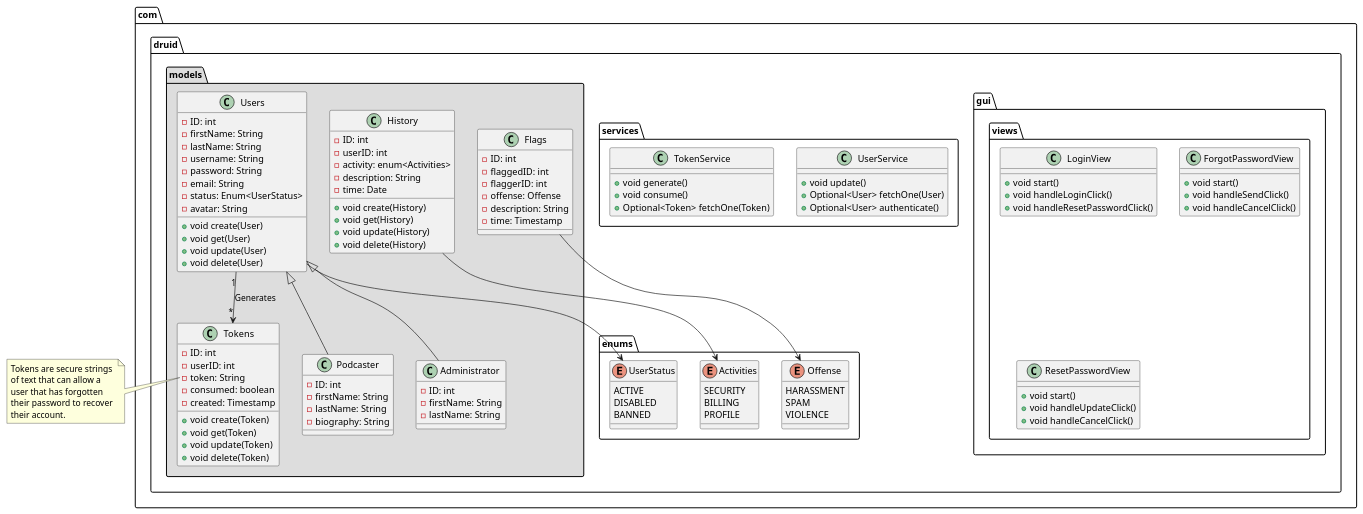
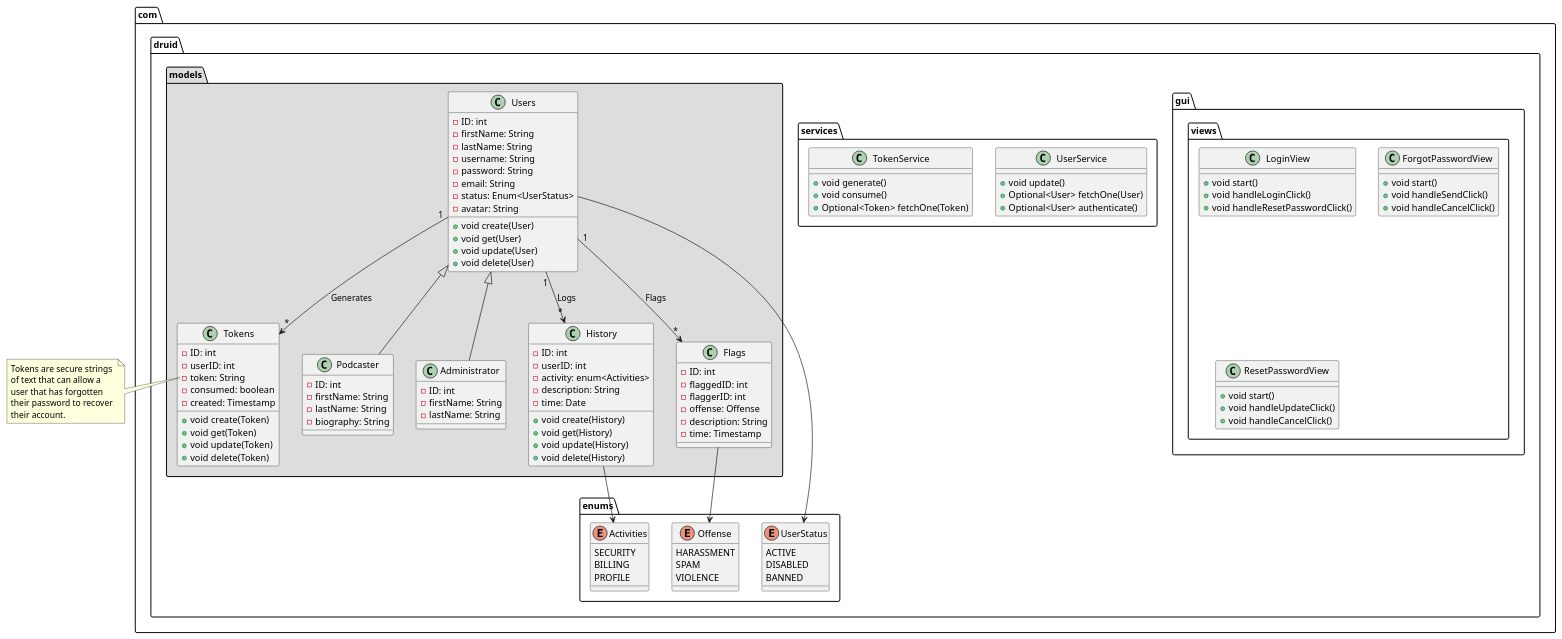
The diagram in doc/classes.org (Druid-ESPRIT/magnum-docs), drawn with PlantUML before and after one commit. The commit also changed 2 other files, not shown here.

Commit message:
user management: establish relationships

```diff
--- a/doc/classes.org
+++ b/doc/classes.org
@@ -62,7 +62,14 @@
 
 Users <|-- Podcaster
 Users <|-- Administrator
+
 Users "1" --> "*" Tokens: Generates
+Users "1" --> "*" History: Logs
+Users "1" --> "*" Flags: Flags
+
+Users --> UserStatus
+History --> Activities
+Flags --> Offense
 
    class Users {
       - ID: int 
@@ -133,8 +140,4 @@
    their password to recover 
    their account.
 end note
-
-Users --> UserStatus
-History --> Activities
-Flags --> Offense
 #+end_src
```
